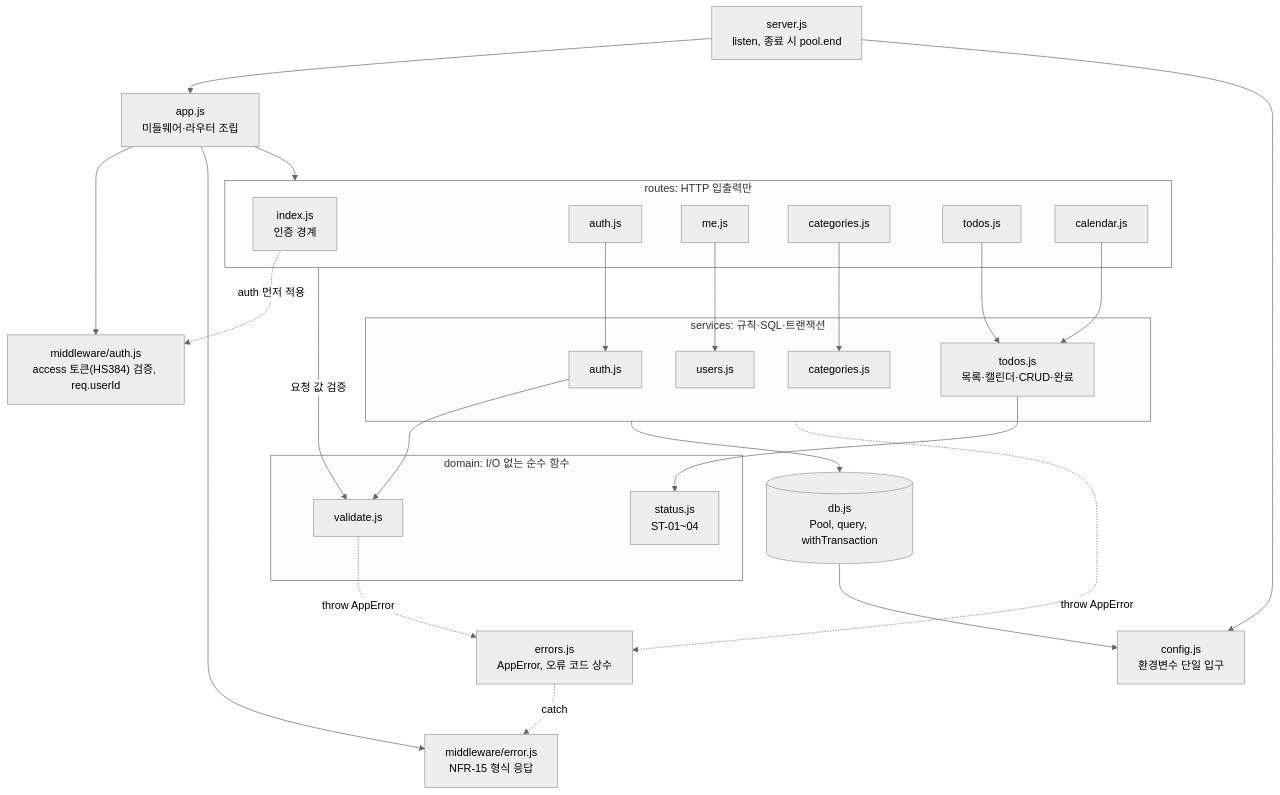
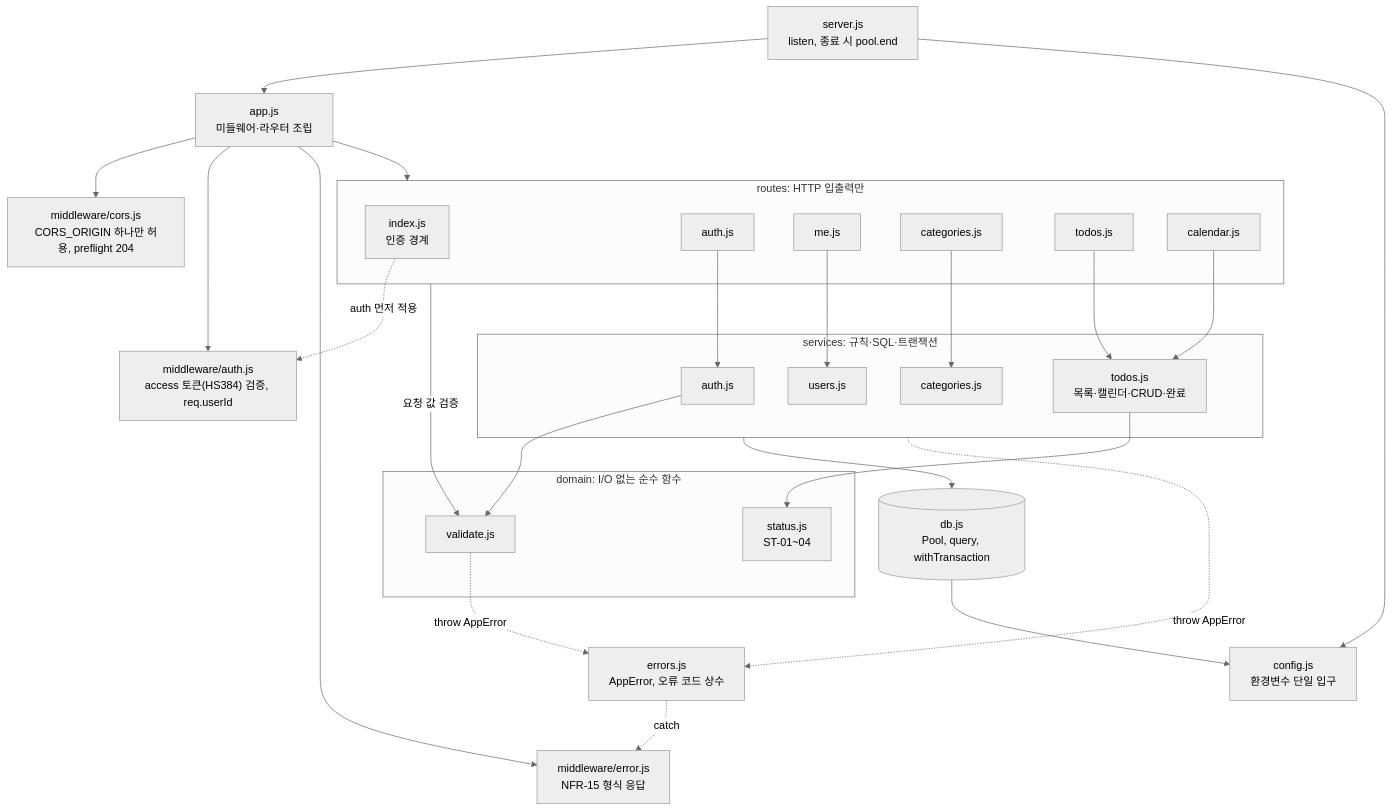
Before and after one commit to pomyeong/todolist-app: the second of 10 diagrams in docs/6-arch-diagram.md, drawn with Mermaid (neutral theme). The commit also changed other lines of this file and 4 other files, not shown here.

````diff
--- a/docs/6-arch-diagram.md
+++ b/docs/6-arch-diagram.md
@@ -82,47 +84,48 @@
 ```mermaid
 flowchart TB
     SRV["server.js<br/>listen, 종료 시 pool.end"] --> APP["app.js<br/>미들웨어·라우터 조립"]
     SRV --> CFG["config.js<br/>환경변수 단일 입구"]
+    APP --> CORSMW["middleware/cors.js<br/>CORS_ORIGIN 하나만 허용, preflight 204"]
     APP --> AUTHMW["middleware/auth.js<br/>access 토큰(HS384) 검증, req.userId"]
     APP --> ERRMW["middleware/error.js<br/>NFR-15 형식 응답"]
     APP --> RT
 
     subgraph RT["routes: HTTP 입출력만"]
         R0["index.js<br/>인증 경계"]
         R1["auth.js"]
         R2["me.js"]
         R3["categories.js"]
         R4["todos.js"]
         R5["calendar.js"]
     end
 
     subgraph SV["services: 규칙·SQL·트랜잭션"]
         S1["auth.js"]
         S2["users.js"]
         S3["categories.js"]
         S4["todos.js<br/>목록·캘린더·CRUD·완료"]
     end
 
     subgraph DM["domain: I/O 없는 순수 함수"]
         D1["validate.js"]
         D2["status.js<br/>ST-01~04"]
     end
 
     DBJS[("db.js<br/>Pool, query, withTransaction")]
     ERR["errors.js<br/>AppError, 오류 코드 상수"]
 
     R0 -.->|"auth 먼저 적용"| AUTHMW
     RT -->|"요청 값 검증"| D1
     R1 --> S1
     R2 --> S2
     R3 --> S3
     R4 --> S4
     R5 --> S4
     SV --> DBJS
     S4 --> D2
     S1 --> D1
     SV -.->|"throw AppError"| ERR
     D1 -.->|"throw AppError"| ERR
     ERR -.->|"catch"| ERRMW
     DBJS --> CFG
 ```
````
